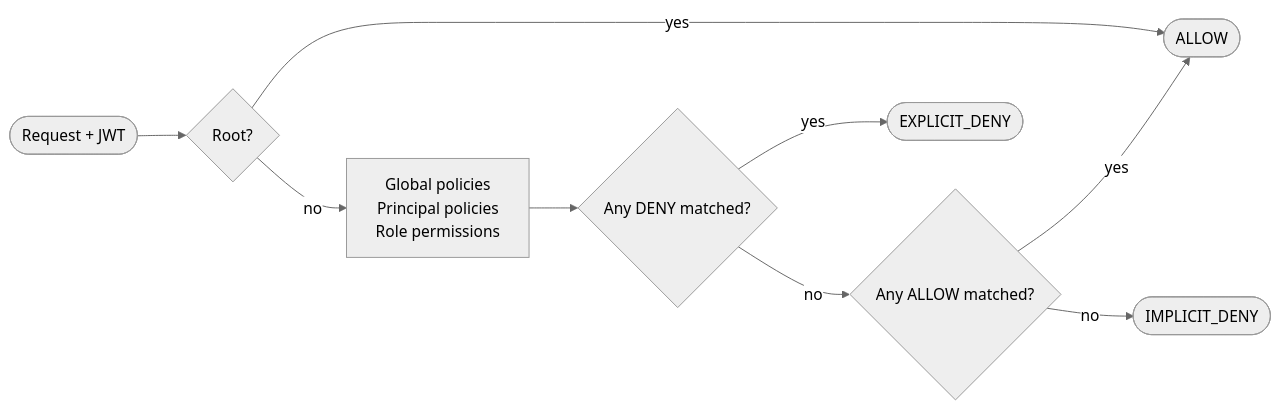
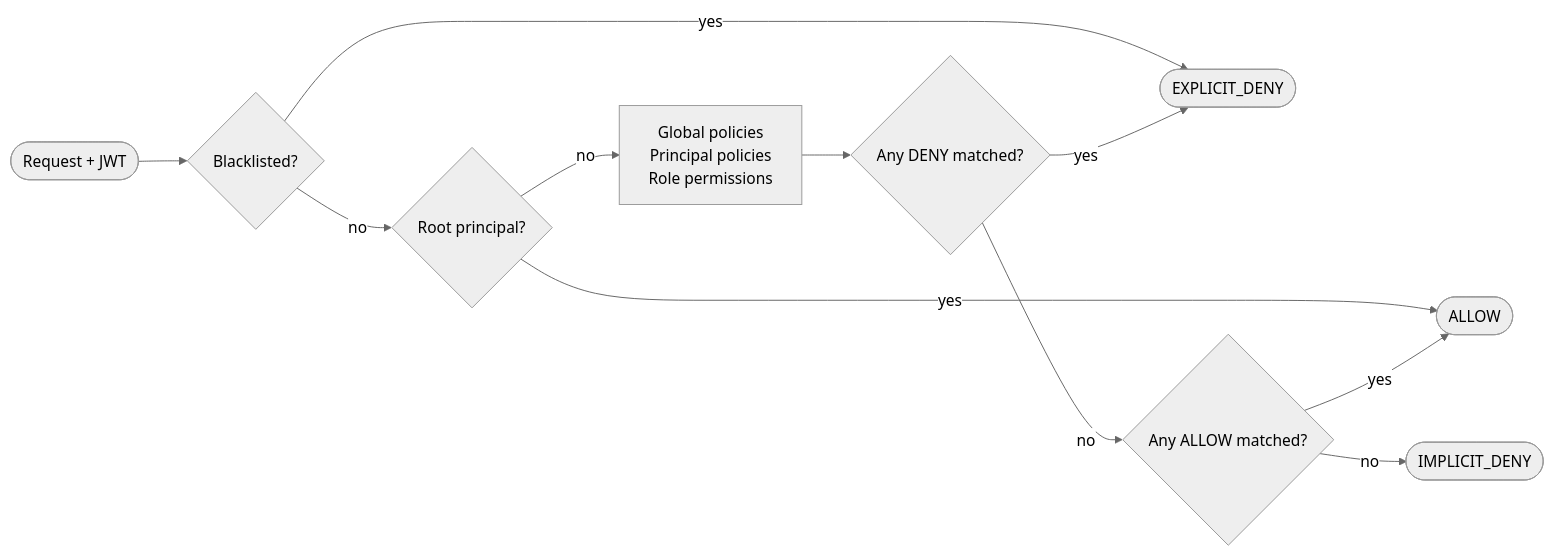
One commit to Ahoo-Wang/CoSec changed the diagram in README.md. Above: the diagram before and after it, drawn with Mermaid (neutral theme). The commit also changed 20 other files, not shown here.

````diff
--- a/README.md
+++ b/README.md
@@ -36,11 +36,13 @@
 ```mermaid
 flowchart LR
-    R([Request + JWT]) --> ROOT{Root?}
+    R([Request + JWT]) --> BL{Blacklisted?}
+    BL -->|yes| DENY([EXPLICIT_DENY])
+    BL -->|no| ROOT{Root principal?}
     ROOT -->|yes| ALLOW([ALLOW])
     ROOT -->|no| L["Global policies<br>Principal policies<br>Role permissions"]
     L --> D{Any DENY matched?}
-    D -->|yes| DENY([EXPLICIT_DENY])
+    D -->|yes| DENY
     D -->|no| A{Any ALLOW matched?}
     A -->|yes| ALLOW
     A -->|no| IMP([IMPLICIT_DENY])
 ```
````
